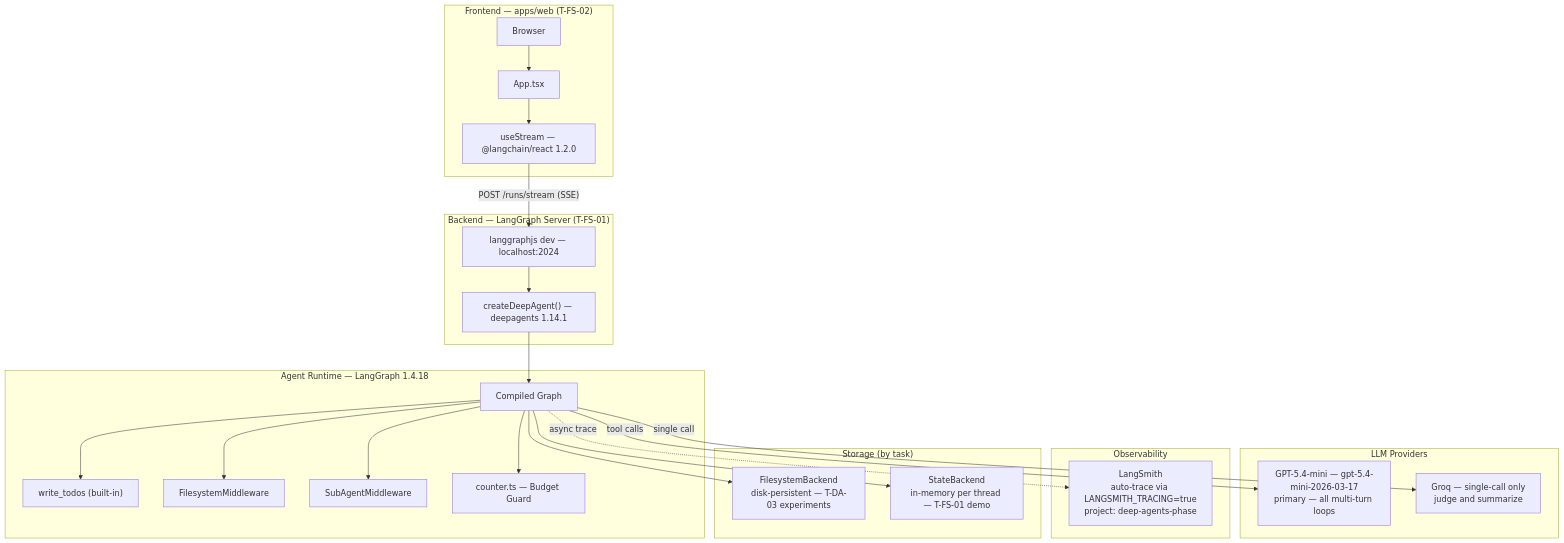
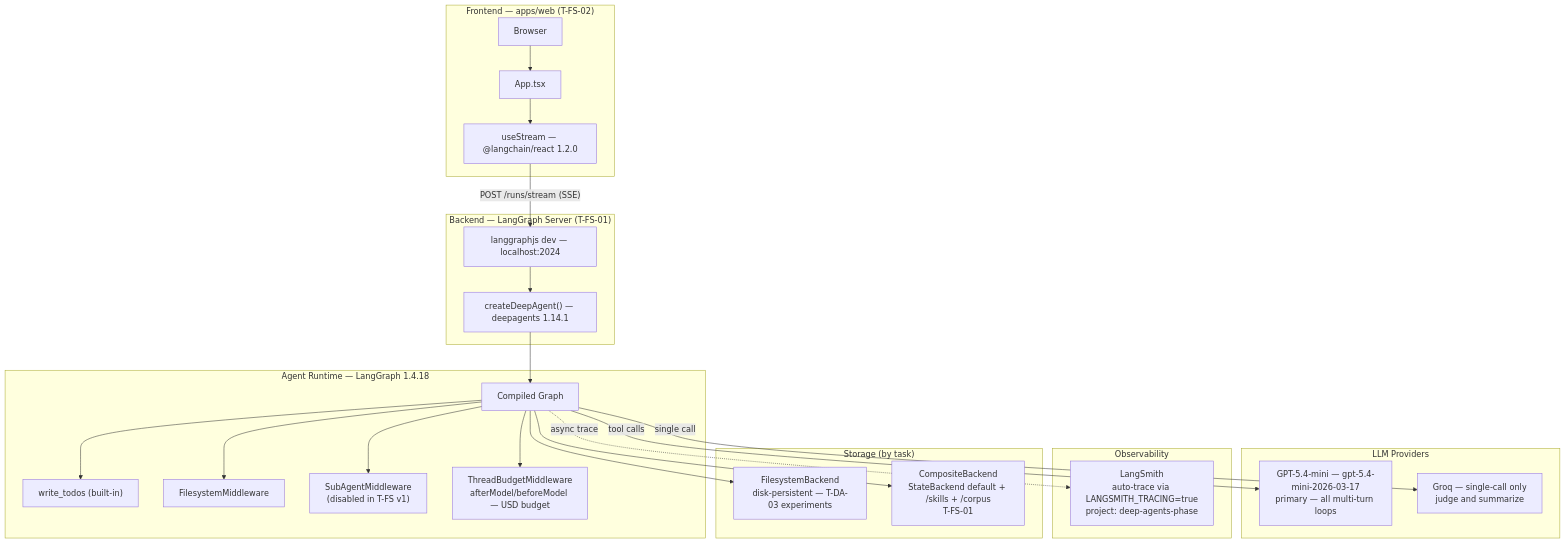
The first of 3 diagrams in docs/diagrams/01-high-level-architecture.md (nhatduong-agilityio/deep-agents), drawn with Mermaid before and after one commit. The commit also changed other lines of this file and 14 other files, not shown here.

Commit message:
docs: update T-FS plan and align diagrams to new design

````diff
--- a/docs/diagrams/01-high-level-architecture.md
+++ b/docs/diagrams/01-high-level-architecture.md
@@ -7,49 +7,49 @@
 ```mermaid
 graph TB
     subgraph FE["Frontend — apps/web (T-FS-02)"]
         Browser["Browser"]
         App["App.tsx"]
         Hook["useStream — @langchain/react 1.2.0"]
         Browser --> App --> Hook
     end
 
     subgraph BE["Backend — LangGraph Server (T-FS-01)"]
         LGS["langgraphjs dev — localhost:2024"]
         Agent["createDeepAgent() — deepagents 1.14.1"]
         LGS --> Agent
     end
 
     subgraph Runtime["Agent Runtime — LangGraph 1.4.18"]
         Graph["Compiled Graph"]
         Todos["write_todos (built-in)"]
         FS["FilesystemMiddleware"]
-        SA["SubAgentMiddleware"]
-        BGA["counter.ts — Budget Guard"]
+        SA["SubAgentMiddleware\n(disabled in T-FS v1)"]
+        BGA["ThreadBudgetMiddleware\nafterModel/beforeModel — USD budget"]
         Graph --> Todos
         Graph --> FS
         Graph --> SA
         Graph --> BGA
     end
 
     subgraph LLM["LLM Providers"]
         GPT["GPT-5.4-mini — gpt-5.4-mini-2026-03-17\nprimary — all multi-turn loops"]
         Groq["Groq — single-call only\njudge and summarize"]
     end
 
     subgraph Obs["Observability"]
         LSM["LangSmith\nauto-trace via LANGSMITH_TRACING=true\nproject: deep-agents-phase"]
     end
 
     subgraph Storage["Storage (by task)"]
         Disk["FilesystemBackend\ndisk-persistent — T-DA-03 experiments"]
-        Mem["StateBackend\nin-memory per thread — T-FS-01 demo"]
+        Mem["CompositeBackend\nStateBackend default + /skills + /corpus\nT-FS-01"]
     end
 
     Hook -->|"POST /runs/stream (SSE)"| LGS
     Agent --> Graph
     Graph -->|tool calls| GPT
     Graph -->|single call| Groq
     Graph -.->|async trace| LSM
     Graph --> Disk
     Graph --> Mem
 ```
````
